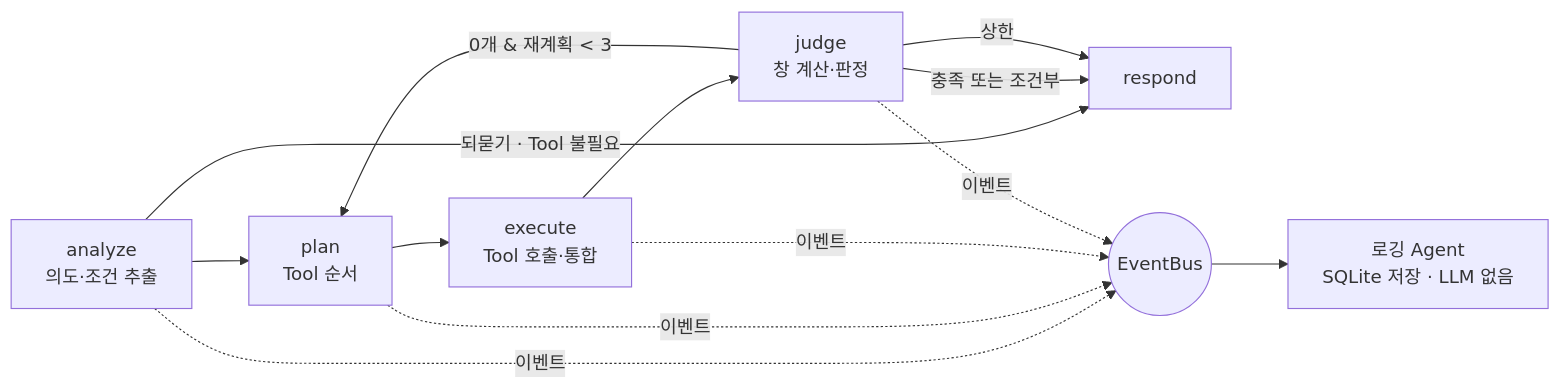
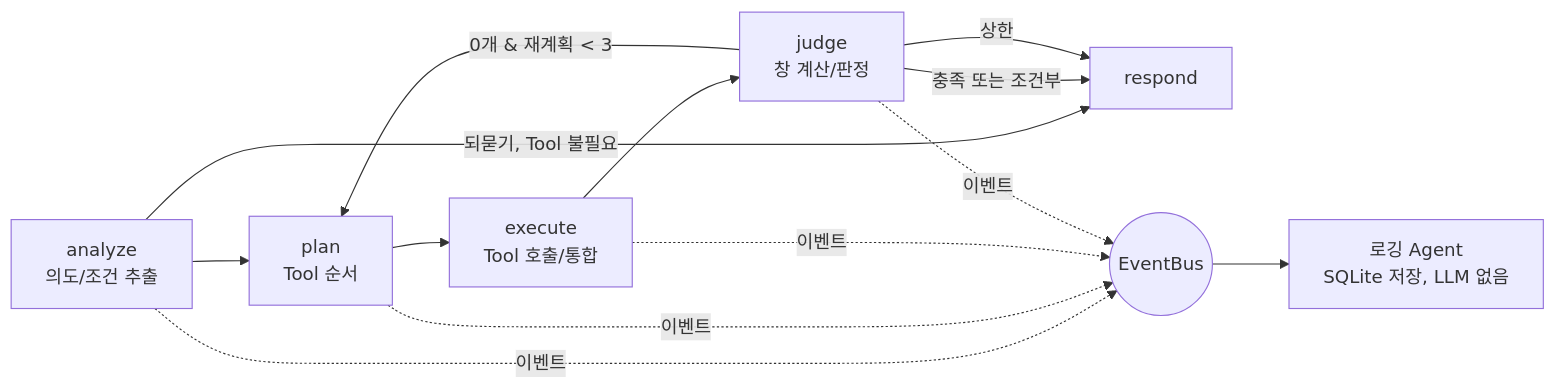
One commit to bnbong/Astrowatch changed the fourth of 4 diagrams in docs/ASTROWATCH_PLAN.md. Above: the diagram before and after it, drawn with Mermaid. The commit also changed other lines of this file and 99 other files, not shown here.

````diff
--- a/docs/ASTROWATCH_PLAN.md
+++ b/docs/ASTROWATCH_PLAN.md
@@ -253,12 +253,12 @@
 ```mermaid
 flowchart LR
-  A[analyze<br/>의도·조건 추출] -->|되묻기 · Tool 불필요| R[respond]
+  A[analyze<br/>의도/조건 추출] -->|되묻기, Tool 불필요| R[respond]
   A --> P[plan<br/>Tool 순서]
-  P --> E[execute<br/>Tool 호출·통합]
-  E --> J[judge<br/>창 계산·판정]
+  P --> E[execute<br/>Tool 호출/통합]
+  E --> J[judge<br/>창 계산/판정]
   J -->|충족 또는 조건부| R
   J -->|0개 & 재계획 < 3| P
   J -->|상한| R
   A & P & E & J -. 이벤트 .-> B((EventBus))
-  B --> L[로깅 Agent<br/>SQLite 저장 · LLM 없음]
+  B --> L[로깅 Agent<br/>SQLite 저장, LLM 없음]
 ```
````
